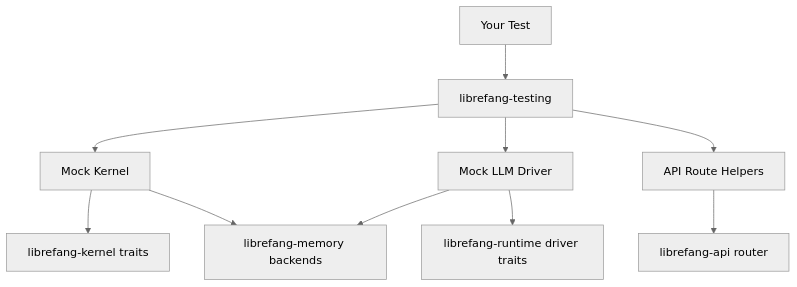
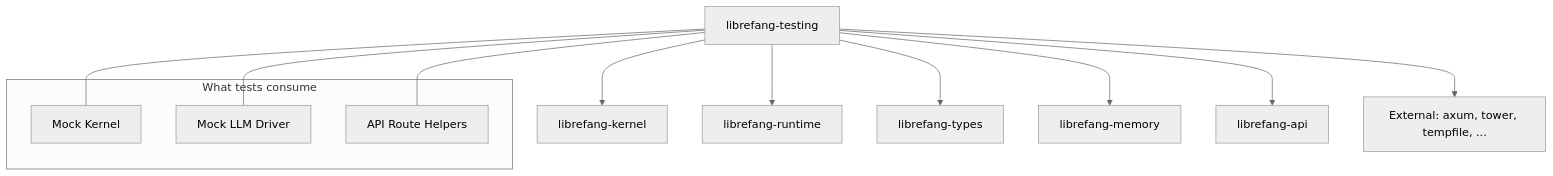
Before and after one commit to leszek3737/librefang-WIki: the diagram in other-librefang-testing.md, drawn with Mermaid (neutral theme). The commit also changed other lines of this file and 119 other files, not shown here.

````diff
--- a/other-librefang-testing.md
+++ b/other-librefang-testing.md
@@ -36,12 +17,19 @@
 ```mermaid
 graph TD
-    A[Your Test] --> B[librefang-testing]
-    B --> C[Mock Kernel]
-    B --> D[Mock LLM Driver]
-    B --> E[API Route Helpers]
-    C --> F[librefang-kernel traits]
-    D --> G[librefang-runtime driver traits]
-    E --> H[librefang-api router]
-    C --> I[librefang-memory backends]
-    D --> I
+    T[librefang-testing] --> KT[librefang-kernel]
+    T --> RT[librefang-runtime]
+    T --> TY[librefang-types]
+    T --> MEM[librefang-memory]
+    T --> API[librefang-api]
+    T --> EXT[External: axum, tower, tempfile, ...]
+
+    subgraph "What tests consume"
+        MK[Mock Kernel]
+        ML[Mock LLM Driver]
+        AR[API Route Helpers]
+    end
+
+    T --- MK
+    T --- ML
+    T --- AR
 ```
````
